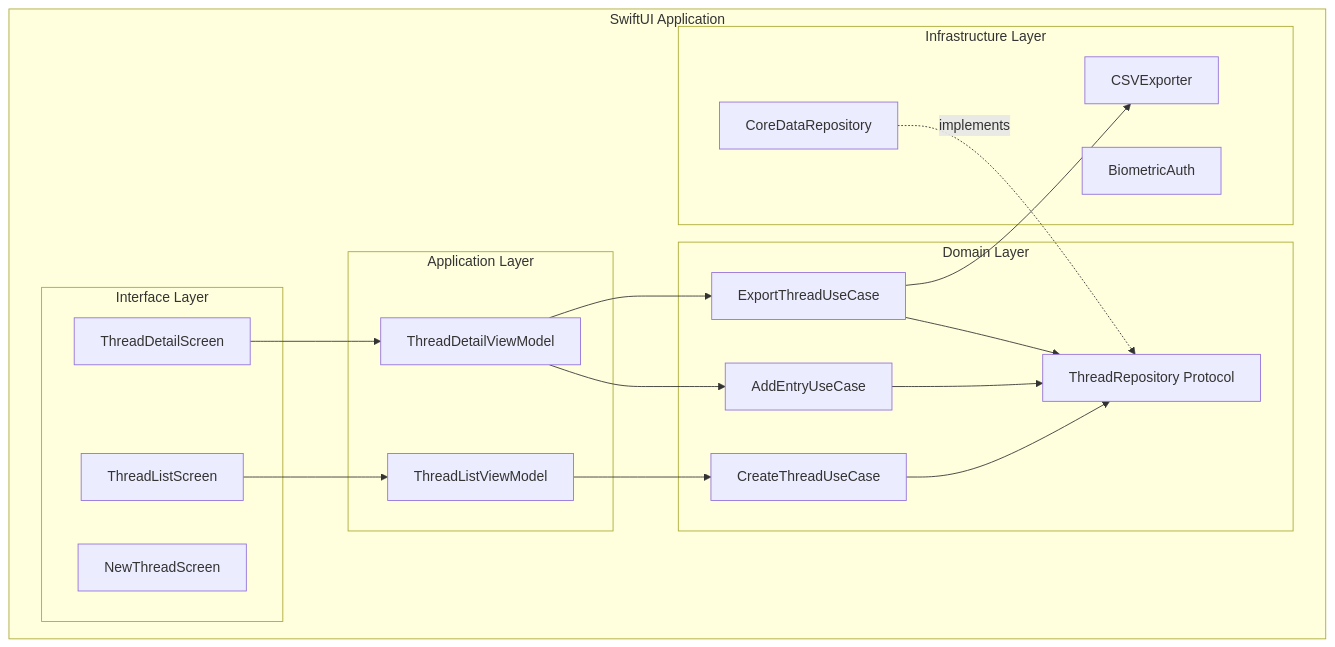
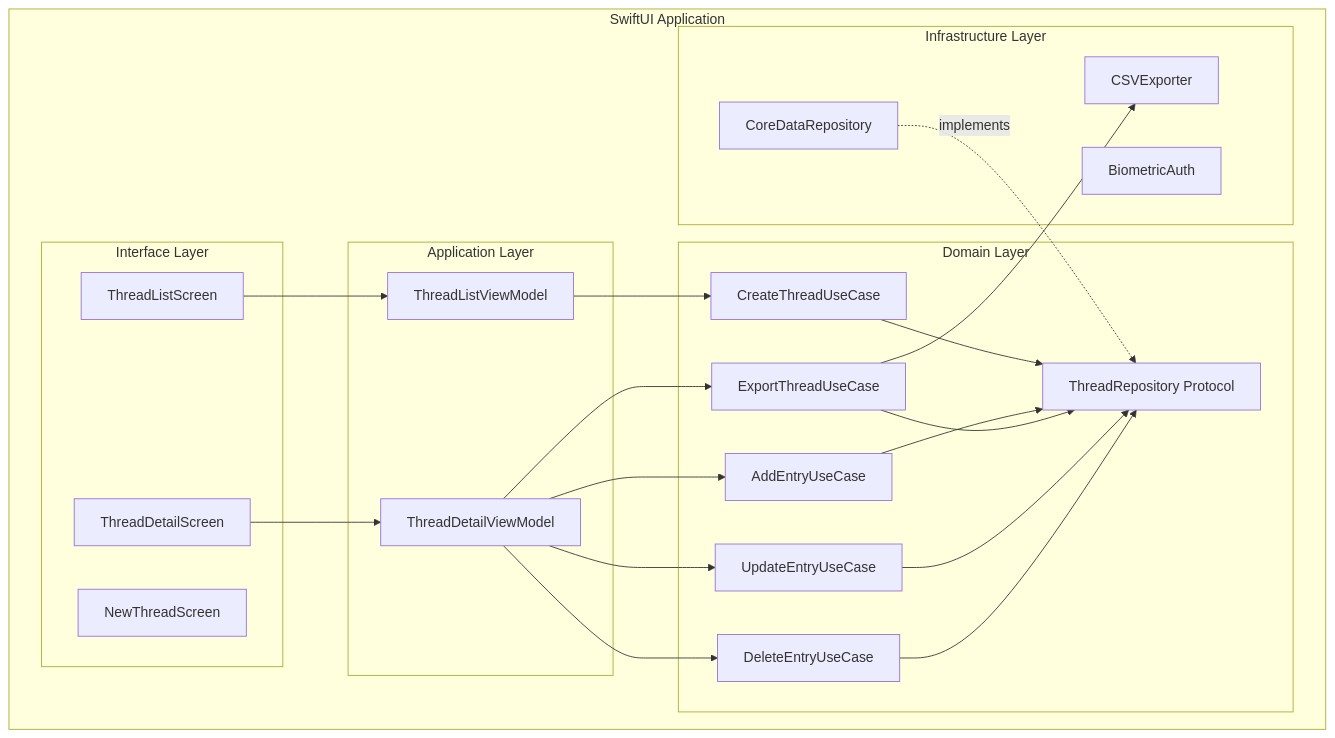
One commit to ericzhou129/ThreadJournal2 changed the fifth of 9 diagrams in Engineering/Technical-Implementation-Plan.md. Above: the diagram before and after it, drawn with Mermaid. The commit also changed other lines of this file and 5 other files, not shown here.

````diff
--- a/Engineering/Technical-Implementation-Plan.md
+++ b/Engineering/Technical-Implementation-Plan.md
@@ -218,39 +222,45 @@
 ```mermaid
 graph TB
     subgraph "SwiftUI Application"
         subgraph "Interface Layer"
             TLS[ThreadListScreen]
             TDS[ThreadDetailScreen]
             NTS[NewThreadScreen]
         end
         
         subgraph "Application Layer"
             TLV[ThreadListViewModel]
             TDV[ThreadDetailViewModel]
         end
         
         subgraph "Domain Layer"
             CTU[CreateThreadUseCase]
             AEU[AddEntryUseCase]
             ETU[ExportThreadUseCase]
+            UEU[UpdateEntryUseCase]
+            DEU[DeleteEntryUseCase]
             TR[ThreadRepository Protocol]
         end
         
         subgraph "Infrastructure Layer"
             CDR[CoreDataRepository]
             CSV[CSVExporter]
             BIO[BiometricAuth]
         end
     end
     
     TLS --> TLV
     TDS --> TDV
     TLV --> CTU
     TDV --> AEU
     TDV --> ETU
+    TDV --> UEU
+    TDV --> DEU
     CTU --> TR
     AEU --> TR
     ETU --> TR
+    UEU --> TR
+    DEU --> TR
     CDR -.implements.-> TR
     ETU --> CSV
 ```
````
